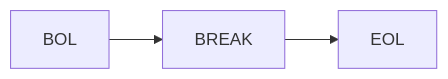
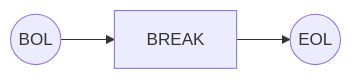
One commit to rewhowe/snapdragon changed the seventh of 15 diagrams in documentation/nfsm.md. Above: the diagram before and after it, drawn with Mermaid. The commit also changed other lines of this file and 16 other files, not shown here.

````diff
--- a/documentation/nfsm.md
+++ b/documentation/nfsm.md
@@ -145,6 +149,6 @@
 ```mermaid
 graph LR
-  BOL --> BREAK
+  BOL((BOL)) --> BREAK
 
-  BREAK --> EOL
+  BREAK --> EOL((EOL))
 ```
````
